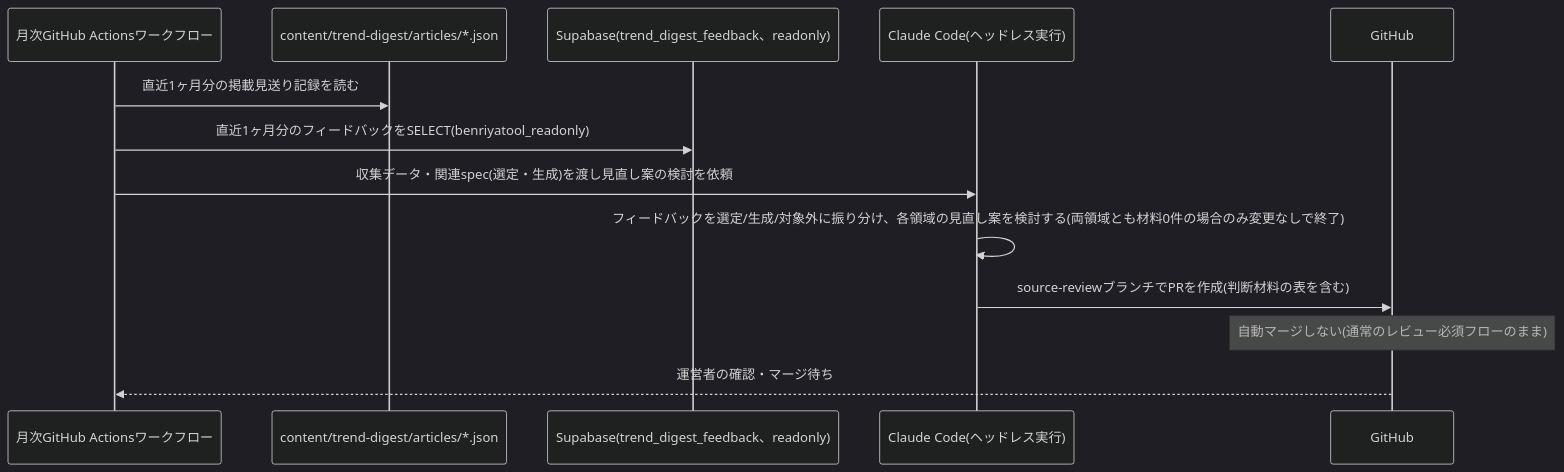
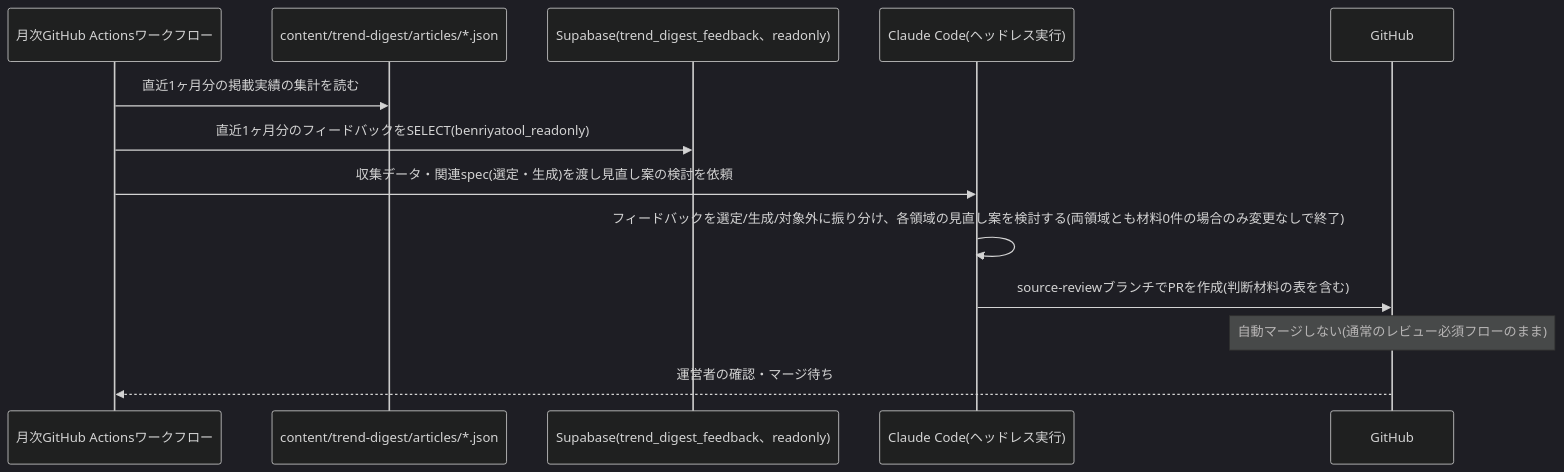
One commit to zakiyama0108/benriyatool changed the diagram in specs/trend-digest/source-review/design.md. Above: the diagram before and after it, drawn with Mermaid (dark theme). The commit also changed other lines of this file and 21 other files, not shown here.

````diff
--- a/specs/trend-digest/source-review/design.md
+++ b/specs/trend-digest/source-review/design.md
@@ -61,16 +68,16 @@
 ```mermaid
 sequenceDiagram
     participant workflow as 月次GitHub Actionsワークフロー
     participant articles as content/trend-digest/articles/*.json
     participant db as Supabase(trend_digest_feedback、readonly)
     participant claude as Claude Code(ヘッドレス実行)
     participant gh as GitHub
 
-    workflow ->> articles: 直近1ヶ月分の掲載見送り記録を読む
+    workflow ->> articles: 直近1ヶ月分の掲載実績の集計を読む
     workflow ->> db: 直近1ヶ月分のフィードバックをSELECT(benriyatool_readonly)
     workflow ->> claude: 収集データ・関連spec(選定・生成)を渡し見直し案の検討を依頼
     claude ->> claude: フィードバックを選定/生成/対象外に振り分け、各領域の見直し案を検討する(両領域とも材料0件の場合のみ変更なしで終了)
     claude ->> gh: source-reviewブランチでPRを作成(判断材料の表を含む)
     Note over gh: 自動マージしない(通常のレビュー必須フローのまま)
     gh -->> workflow: 運営者の確認・マージ待ち
 ```
````
